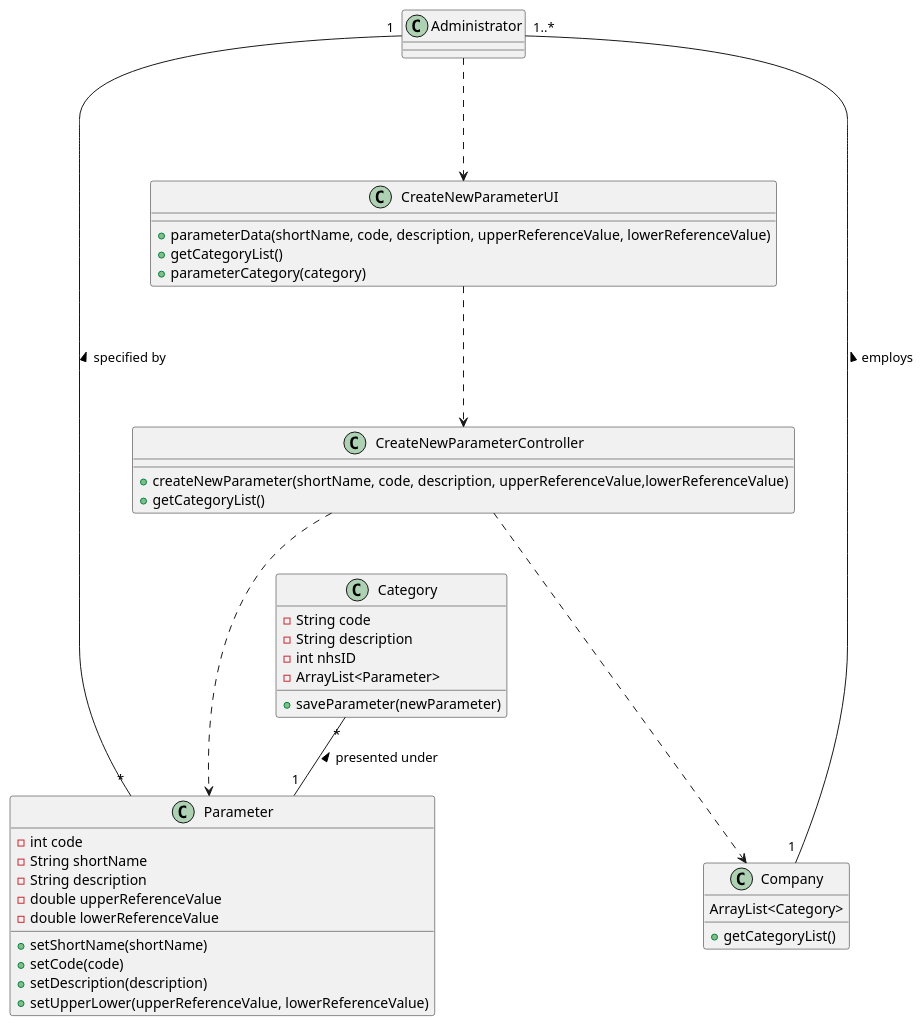
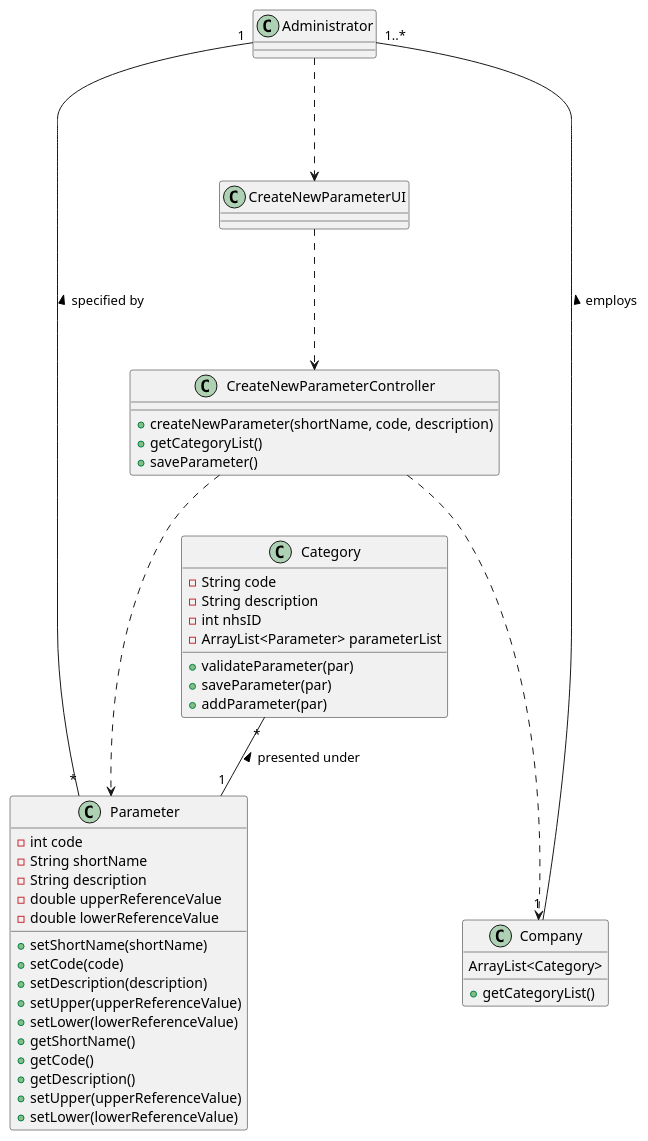
One commit to MadDinosaur/ISEP-LAPR2 changed the diagram in docs/SprintB/US10/US10_CD.puml. Above: the diagram before and after it, drawn with PlantUML. The commit also changed 11 other files, not shown here.

Commit message:
Altered SSD, SD, CD and CreateNewParameterController, Category, Company, Parameter and CreateNewParameterUI

```diff
--- a/docs/SprintB/US10/US10_CD.puml
+++ b/docs/SprintB/US10/US10_CD.puml
@@ -1,51 +1,58 @@
 @startuml
 
 class Administrator
 class Parameter {
 -int code
 -String shortName
 -String description
 -double upperReferenceValue
 -double lowerReferenceValue
 
 +setShortName(shortName)
 +setCode(code)
 +setDescription(description)
-+setUpperLower(upperReferenceValue, lowerReferenceValue)
++setUpper(upperReferenceValue)
++setLower(lowerReferenceValue)
++getShortName()
++getCode()
++getDescription()
++setUpper(upperReferenceValue)
++setLower(lowerReferenceValue)
+
 }
 
 class CreateNewParameterUI{
-+parameterData(shortName, code, description, upperReferenceValue, lowerReferenceValue)
-+getCategoryList()
-+parameterCategory(category)
 }
 
 class CreateNewParameterController{
-+createNewParameter(shortName, code, description, upperReferenceValue,lowerReferenceValue)
++createNewParameter(shortName, code, description)
 +getCategoryList()
++saveParameter()
 }
 
 class Company{
 ArrayList<Category>
 
 +getCategoryList()
 }
 
 class Category {
 -String code
 -String description
 -int nhsID
--ArrayList<Parameter>
+-ArrayList<Parameter> parameterList
 
-+saveParameter(newParameter)
++validateParameter(par)
++saveParameter(par)
++addParameter(par)
 }
 
 Administrator ...> CreateNewParameterUI
 CreateNewParameterUI ...> CreateNewParameterController
 CreateNewParameterController ...> Parameter
 CreateNewParameterController ...> Company
 Category "*"--"1" Parameter : presented under <
 Parameter "*"-up-"1" Administrator : specified by >
 Company"1 "-"1..*" Administrator : > employs
 
 @enduml
```
